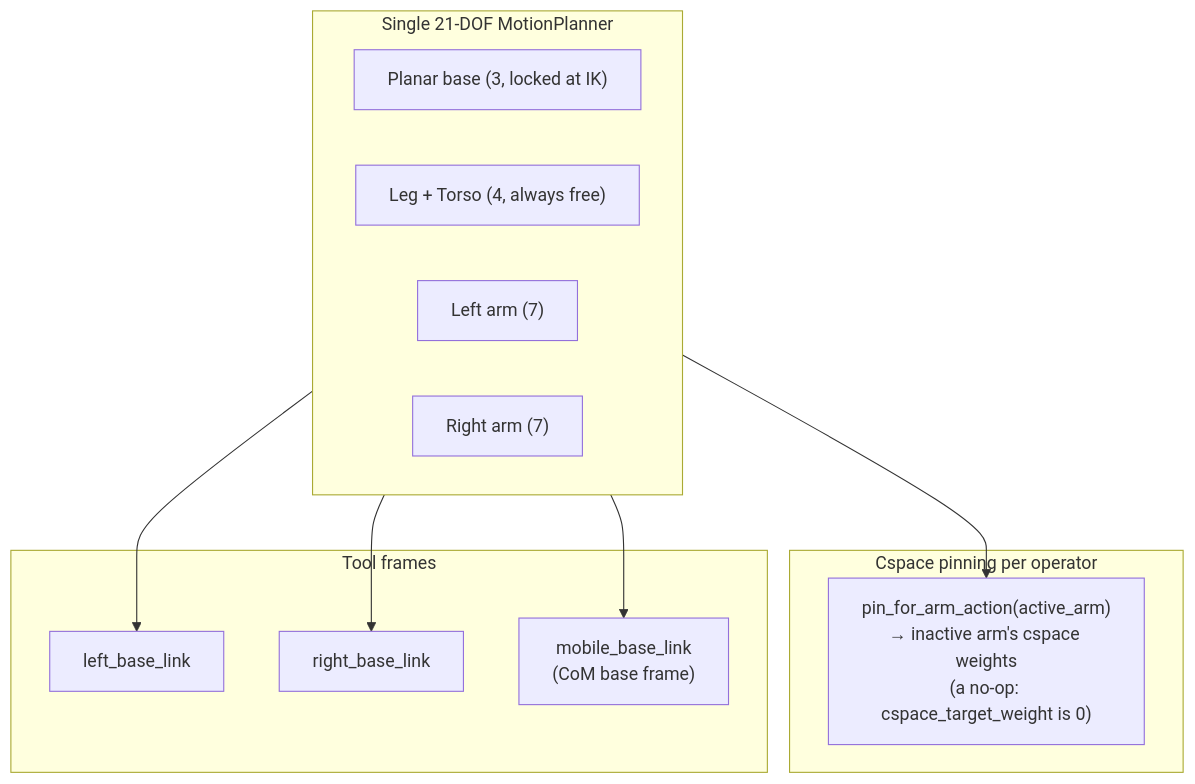
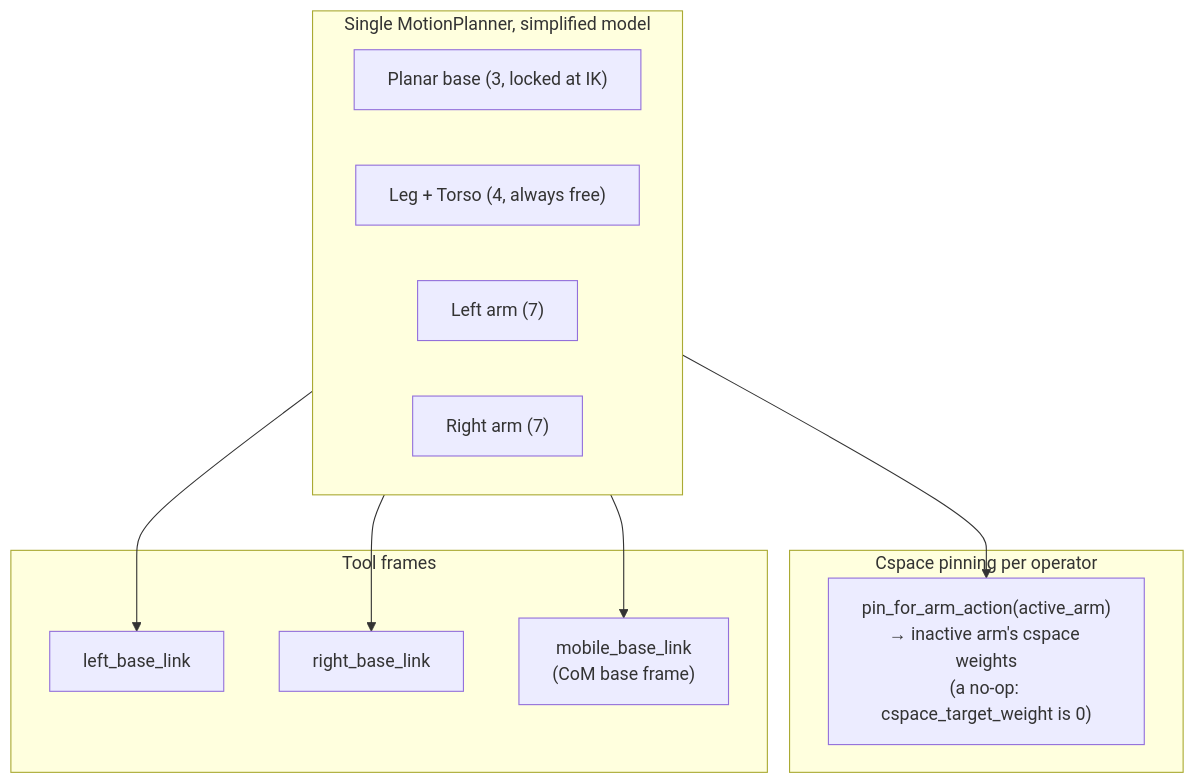
The second of 2 diagrams in README.md (helpYoon/cuTAMP), drawn with Mermaid before and after one commit. The commit also changed other lines of this file, not shown here.

````diff
--- a/README.md
+++ b/README.md
@@ -122,24 +132,24 @@
 ```mermaid
 graph TD
-    subgraph Planner [Single 21-DOF MotionPlanner]
+    subgraph Planner [Single MotionPlanner, simplified model]
         Base["Planar base (3, locked at IK)"]
         Body["Leg + Torso (4, always free)"]
         L["Left arm (7)"]
         R["Right arm (7)"]
     end
 
     subgraph Pinning [Cspace pinning per operator]
         ArmOp["pin_for_arm_action(active_arm)<br/>→ inactive arm's cspace weights<br/>(a no-op: cspace_target_weight is 0)"]
     end
 
     subgraph Tools [Tool frames]
         LT["left_base_link"]
         RT["right_base_link"]
         BT["mobile_base_link<br/>(CoM base frame)"]
     end
 
     Planner --> ArmOp
     Planner --> LT
     Planner --> RT
     Planner --> BT
 ```
````
